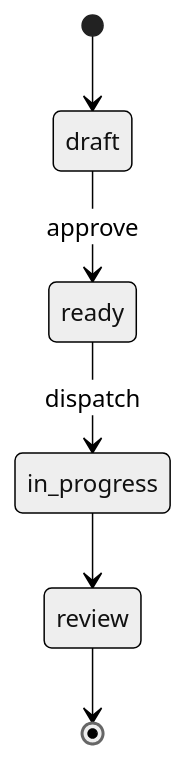
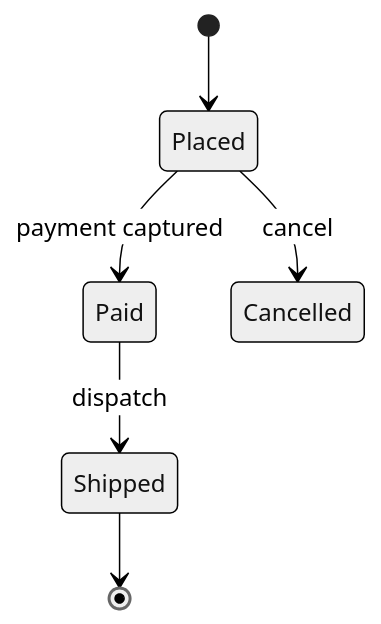
The fourth of 10 diagrams in skills/block-research/references/diagrams.md (Lukdrasil/claude-factory), drawn with Mermaid (neutral theme) before and after one commit. The commit also changed other lines of this file and 48 other files, not shown here.

````diff
--- a/skills/block-research/references/diagrams.md
+++ b/skills/block-research/references/diagrams.md
@@ -50,8 +50,8 @@
 ```mermaid
 stateDiagram-v2
-    [*] --> draft
-    draft --> ready: approve
-    ready --> in_progress: dispatch
-    in_progress --> review
-    review --> [*]
+    [*] --> Placed
+    Placed --> Paid: payment captured
+    Placed --> Cancelled: cancel
+    Paid --> Shipped: dispatch
+    Shipped --> [*]
 ```
````
